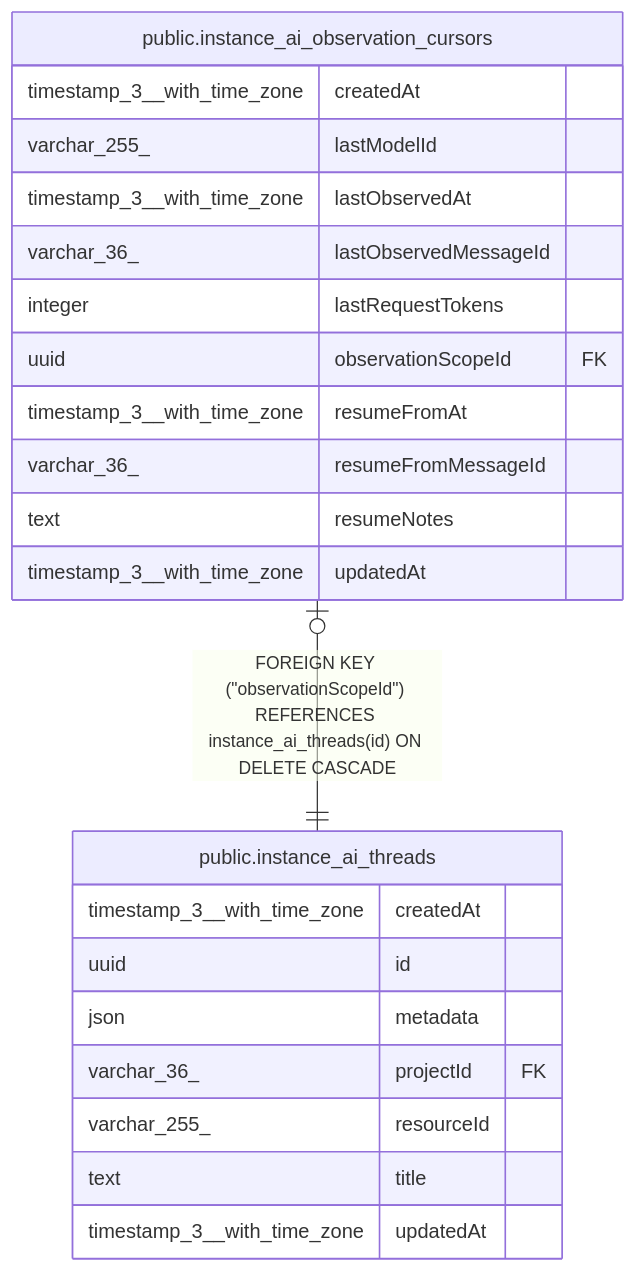
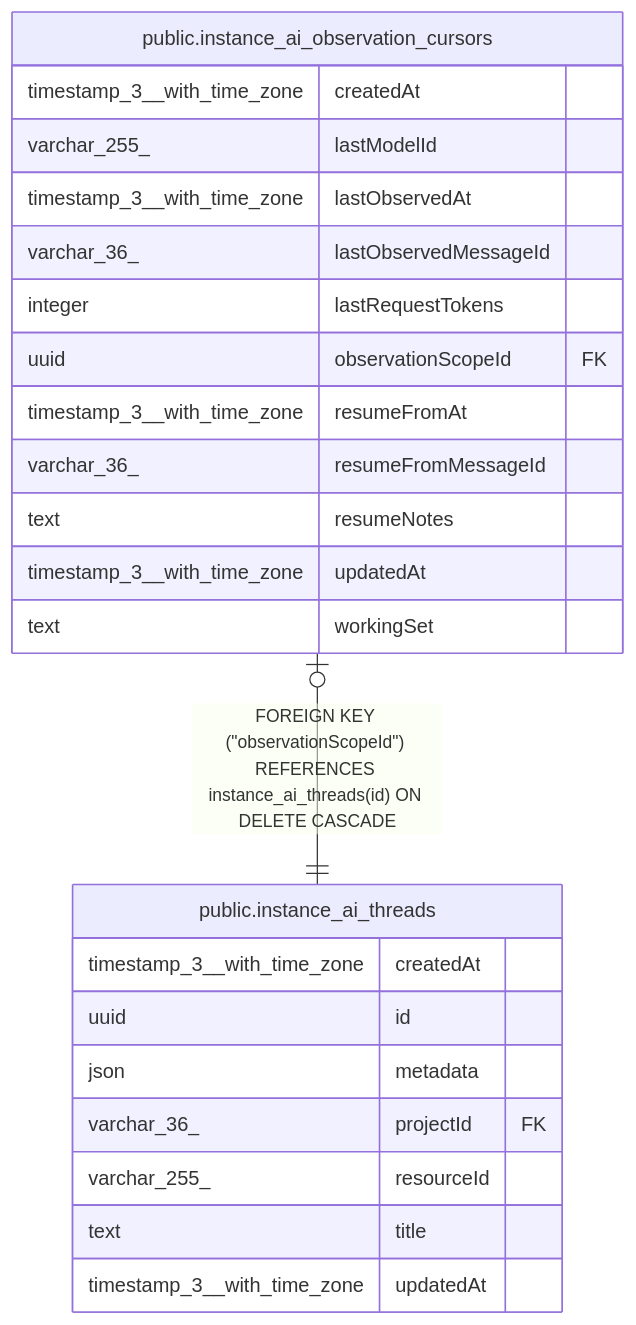
The diagram in n8n_integration/n8n_source/docs/generated/postgres-schema/public.instance_ai_observation_cursors.md (koreatest12/studys), drawn with Mermaid before and after one commit. The commit also changed other lines of this file and 3763 other files, not shown here.

````diff
--- a/n8n_integration/n8n_source/docs/generated/postgres-schema/public.instance_ai_observation_cursors.md
+++ b/n8n_integration/n8n_source/docs/generated/postgres-schema/public.instance_ai_observation_cursors.md
@@ -38,27 +39,28 @@
 ```mermaid
 erDiagram
 
 "public.instance_ai_observation_cursors" |o--|| "public.instance_ai_threads" : "FOREIGN KEY (#quot;observationScopeId#quot;) REFERENCES instance_ai_threads(id) ON DELETE CASCADE"
 
 "public.instance_ai_observation_cursors" {
   timestamp_3__with_time_zone createdAt
   varchar_255_ lastModelId
   timestamp_3__with_time_zone lastObservedAt
   varchar_36_ lastObservedMessageId
   integer lastRequestTokens
   uuid observationScopeId FK
   timestamp_3__with_time_zone resumeFromAt
   varchar_36_ resumeFromMessageId
   text resumeNotes
   timestamp_3__with_time_zone updatedAt
+  text workingSet
 }
 "public.instance_ai_threads" {
   timestamp_3__with_time_zone createdAt
   uuid id
   json metadata
   varchar_36_ projectId FK
   varchar_255_ resourceId
   text title
   timestamp_3__with_time_zone updatedAt
 }
 ```
````
